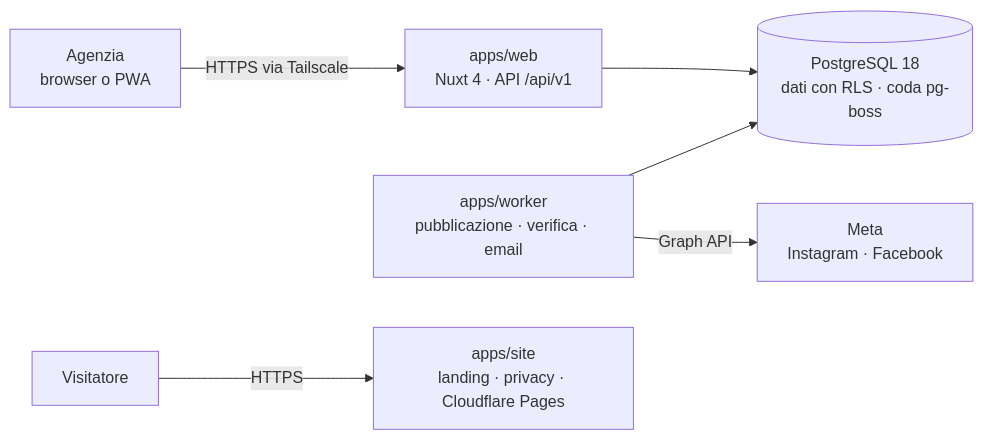
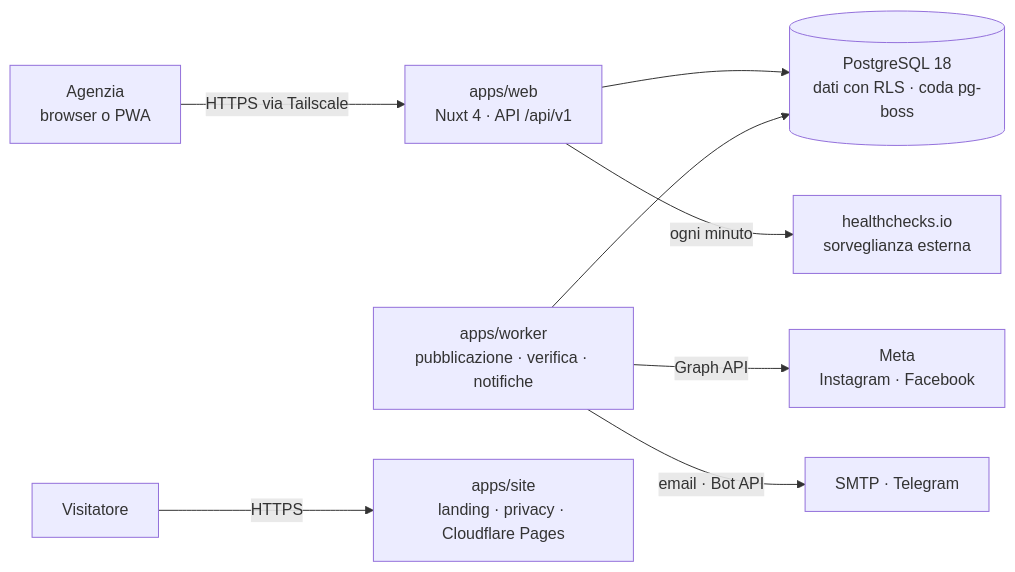
Before and after one commit to grecomatteo/Feedway: the diagram in README.md, drawn with Mermaid. The commit also changed other lines of this file and 4 other files, not shown here.

````diff
--- a/README.md
+++ b/README.md
@@ -86,8 +93,10 @@
 ```mermaid
 flowchart LR
   U[Agenzia<br>browser o PWA] -->|HTTPS via Tailscale| W[apps/web<br>Nuxt 4 · API /api/v1]
   W --> DB[(PostgreSQL 18<br>dati con RLS · coda pg-boss)]
-  K[apps/worker<br>pubblicazione · verifica · email] --> DB
+  K[apps/worker<br>pubblicazione · verifica · notifiche] --> DB
   K -->|Graph API| M[Meta<br>Instagram · Facebook]
+  K -->|email · Bot API| N[SMTP · Telegram]
+  W -->|ogni minuto| H[healthchecks.io<br>sorveglianza esterna]
   V[Visitatore] -->|HTTPS| S[apps/site<br>landing · privacy · Cloudflare Pages]
 ```
````
